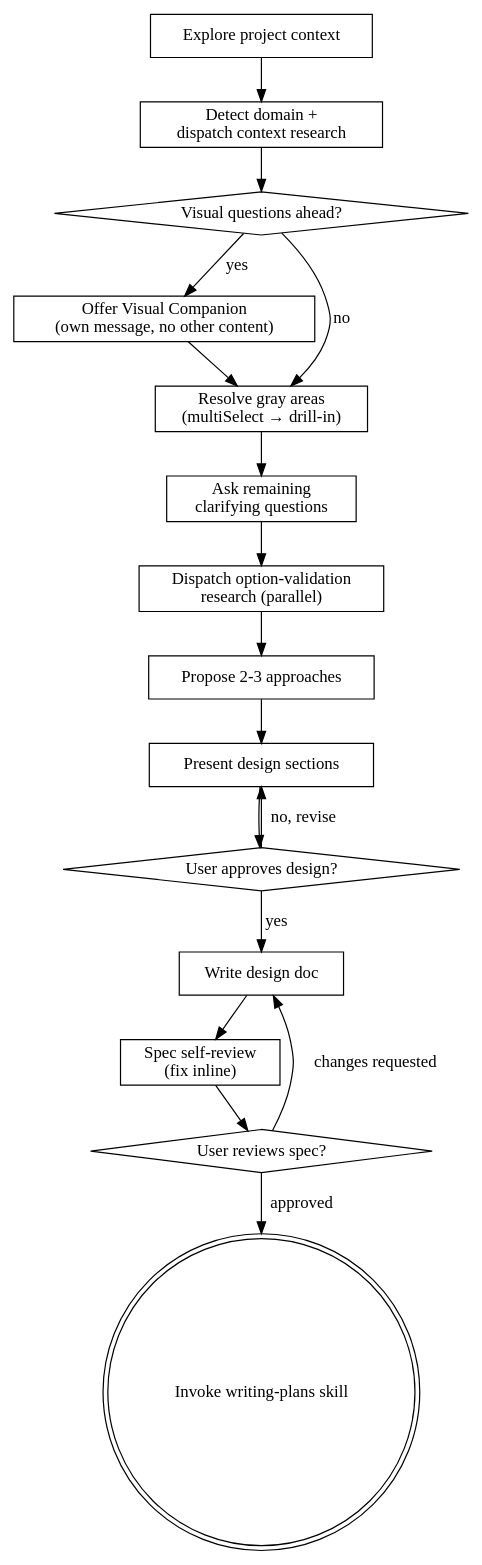
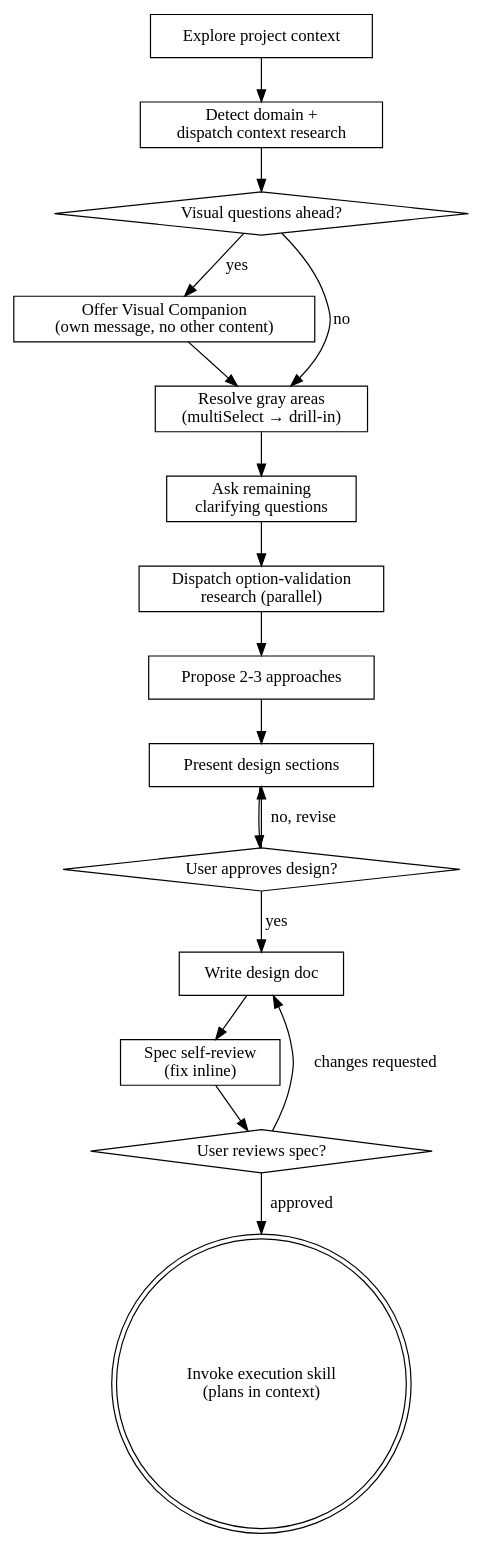
The diagram in skills/brainstorming/SKILL.md (zpyoung/quirk), drawn with Graphviz before and after one commit. The commit also changed other lines of this file and 5 other files, not shown here.

Commit message:
refactor(plans): fold plan-writing into execution, plan lives in context (#18)

````diff
--- a/skills/brainstorming/SKILL.md
+++ b/skills/brainstorming/SKILL.md
@@ -39,35 +39,35 @@
 ```dot
 digraph brainstorming {
     "Explore project context" [shape=box];
     "Detect domain +\ndispatch context research" [shape=box];
     "Visual questions ahead?" [shape=diamond];
     "Offer Visual Companion\n(own message, no other content)" [shape=box];
     "Resolve gray areas\n(multiSelect → drill-in)" [shape=box];
     "Ask remaining\nclarifying questions" [shape=box];
     "Dispatch option-validation\nresearch (parallel)" [shape=box];
     "Propose 2-3 approaches" [shape=box];
     "Present design sections" [shape=box];
     "User approves design?" [shape=diamond];
     "Write design doc" [shape=box];
     "Spec self-review\n(fix inline)" [shape=box];
     "User reviews spec?" [shape=diamond];
-    "Invoke writing-plans skill" [shape=doublecircle];
+    "Invoke execution skill\n(plans in context)" [shape=doublecircle];
 
     "Explore project context" -> "Detect domain +\ndispatch context research";
     "Detect domain +\ndispatch context research" -> "Visual questions ahead?";
     "Visual questions ahead?" -> "Offer Visual Companion\n(own message, no other content)" [label="yes"];
     "Visual questions ahead?" -> "Resolve gray areas\n(multiSelect → drill-in)" [label="no"];
     "Offer Visual Companion\n(own message, no other content)" -> "Resolve gray areas\n(multiSelect → drill-in)";
     "Resolve gray areas\n(multiSelect → drill-in)" -> "Ask remaining\nclarifying questions";
     "Ask remaining\nclarifying questions" -> "Dispatch option-validation\nresearch (parallel)";
     "Dispatch option-validation\nresearch (parallel)" -> "Propose 2-3 approaches";
     "Propose 2-3 approaches" -> "Present design sections";
     "Present design sections" -> "User approves design?";
     "User approves design?" -> "Present design sections" [label="no, revise"];
     "User approves design?" -> "Write design doc" [label="yes"];
     "Write design doc" -> "Spec self-review\n(fix inline)";
     "Spec self-review\n(fix inline)" -> "User reviews spec?";
     "User reviews spec?" -> "Write design doc" [label="changes requested"];
-    "User reviews spec?" -> "Invoke writing-plans skill" [label="approved"];
+    "User reviews spec?" -> "Invoke execution skill\n(plans in context)" [label="approved"];
 }
 ```
````
